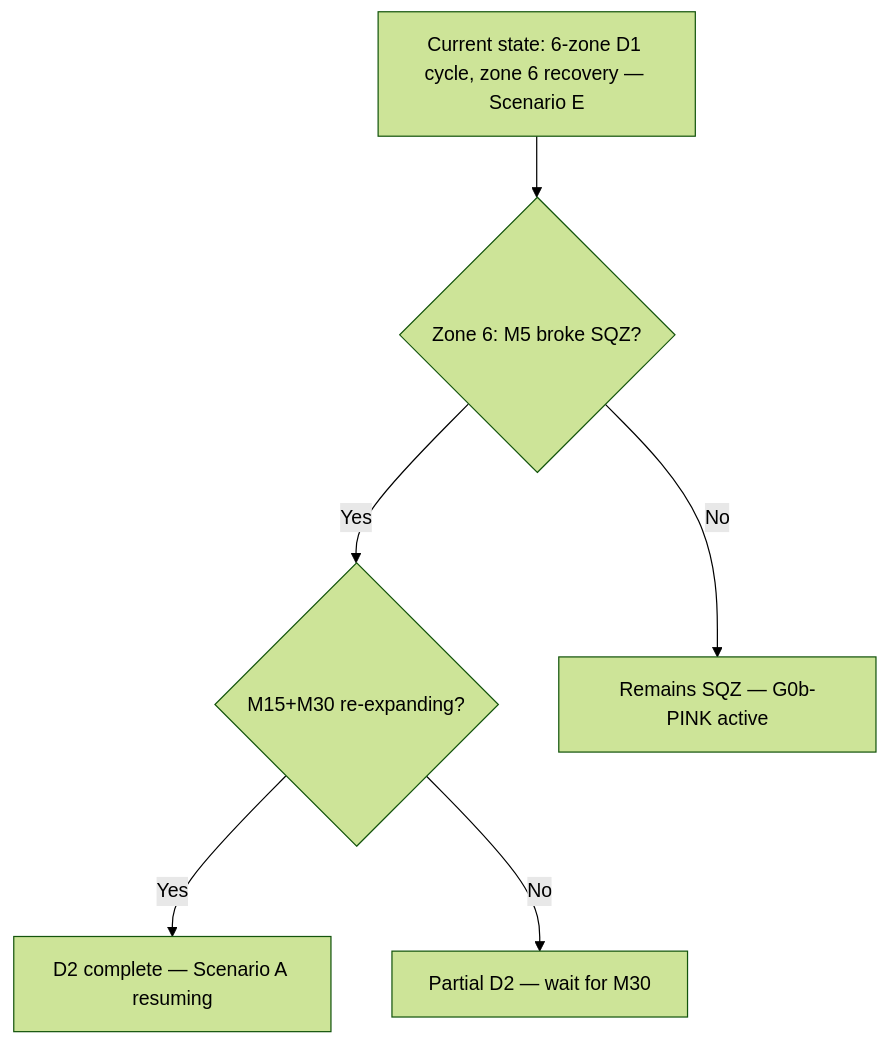
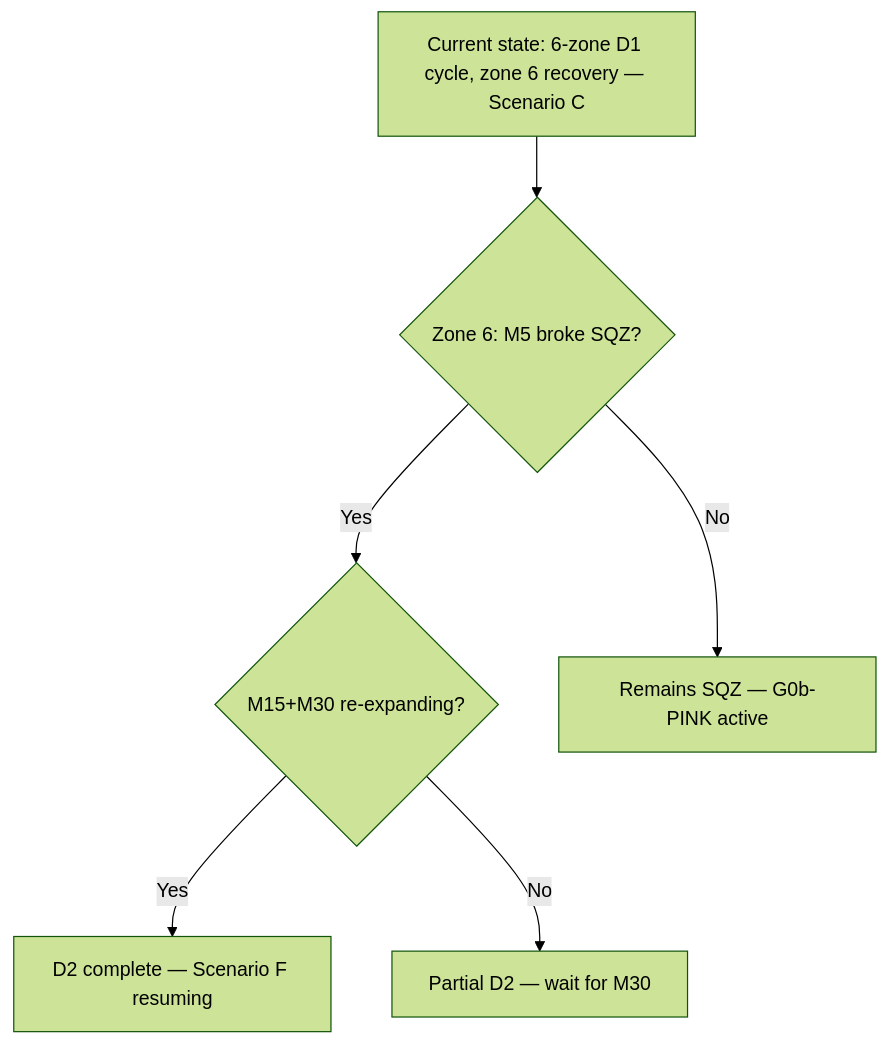
Before and after one commit to Terrypang89/BB_MTF_M15_STRATEGY: diagram 12 of 12 in references/IMAGE_ANALYSIS.md, drawn with Mermaid (forest theme). The commit also changed other lines of this file and 12 other files, not shown here.

````diff
--- a/references/IMAGE_ANALYSIS.md
+++ b/references/IMAGE_ANALYSIS.md
@@ -889,9 +889,9 @@
 ```mermaid
 flowchart TD
-    A["Current state: 6-zone D1 cycle, zone 6 recovery — Scenario E"]
+    A["Current state: 6-zone D1 cycle, zone 6 recovery — Scenario C"]
     A --> B{"Zone 6: M5 broke SQZ?"}
     B -->|Yes| C{"M15+M30 re-expanding?"}
-    C -->|Yes| D["D2 complete — Scenario A resuming"]
+    C -->|Yes| D["D2 complete — Scenario F resuming"]
     C -->|No| E["Partial D2 — wait for M30"]
     B -->|No| F["Remains SQZ — G0b-PINK active"]
 ```
````
